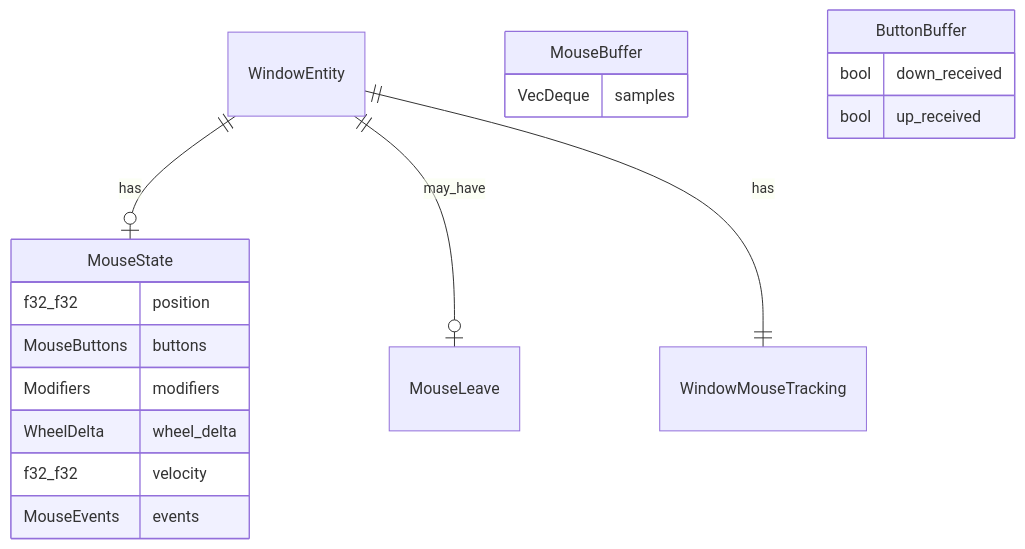
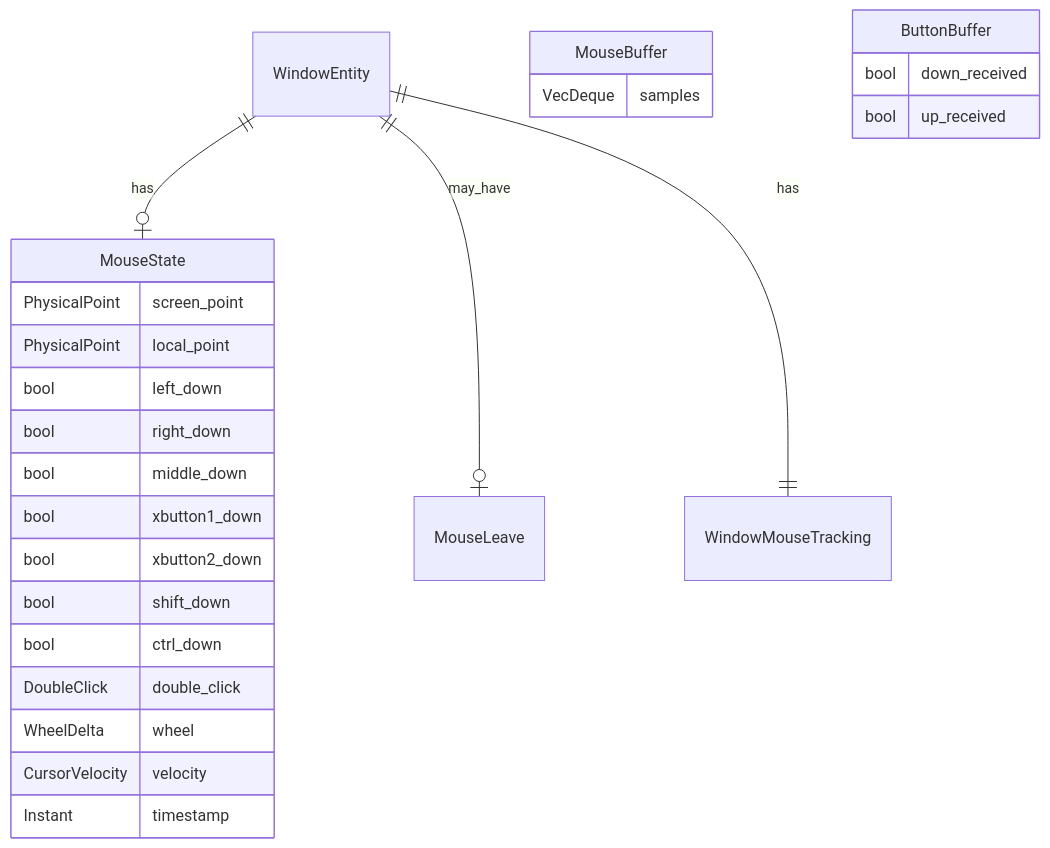
One commit to ekicyou/dcomp_sample-rs changed the fourth of 5 diagrams in .kiro/specs/event-mouse-basic/design.md. Above: the diagram before and after it, drawn with Mermaid. The commit also changed other lines of this file, not shown here.

First line of the commit message:
fix(event-mouse-basic): design.md を requirements.md に整合

````diff
--- a/.kiro/specs/event-mouse-basic/design.md
+++ b/.kiro/specs/event-mouse-basic/design.md
@@ -384,24 +381,31 @@
 ```mermaid
 erDiagram
     WindowEntity ||--o| MouseState : has
     WindowEntity ||--o| MouseLeave : may_have
     WindowEntity ||--|| WindowMouseTracking : has
     
     MouseState {
-        f32_f32 position
-        MouseButtons buttons
-        Modifiers modifiers
-        WheelDelta wheel_delta
-        f32_f32 velocity
-        MouseEvents events
+        PhysicalPoint screen_point
+        PhysicalPoint local_point
+        bool left_down
+        bool right_down
+        bool middle_down
+        bool xbutton1_down
+        bool xbutton2_down
+        bool shift_down
+        bool ctrl_down
+        DoubleClick double_click
+        WheelDelta wheel
+        CursorVelocity velocity
+        Instant timestamp
     }
     
     MouseBuffer {
         VecDeque samples
     }
     
     ButtonBuffer {
         bool down_received
         bool up_received
     }
 ```
````
